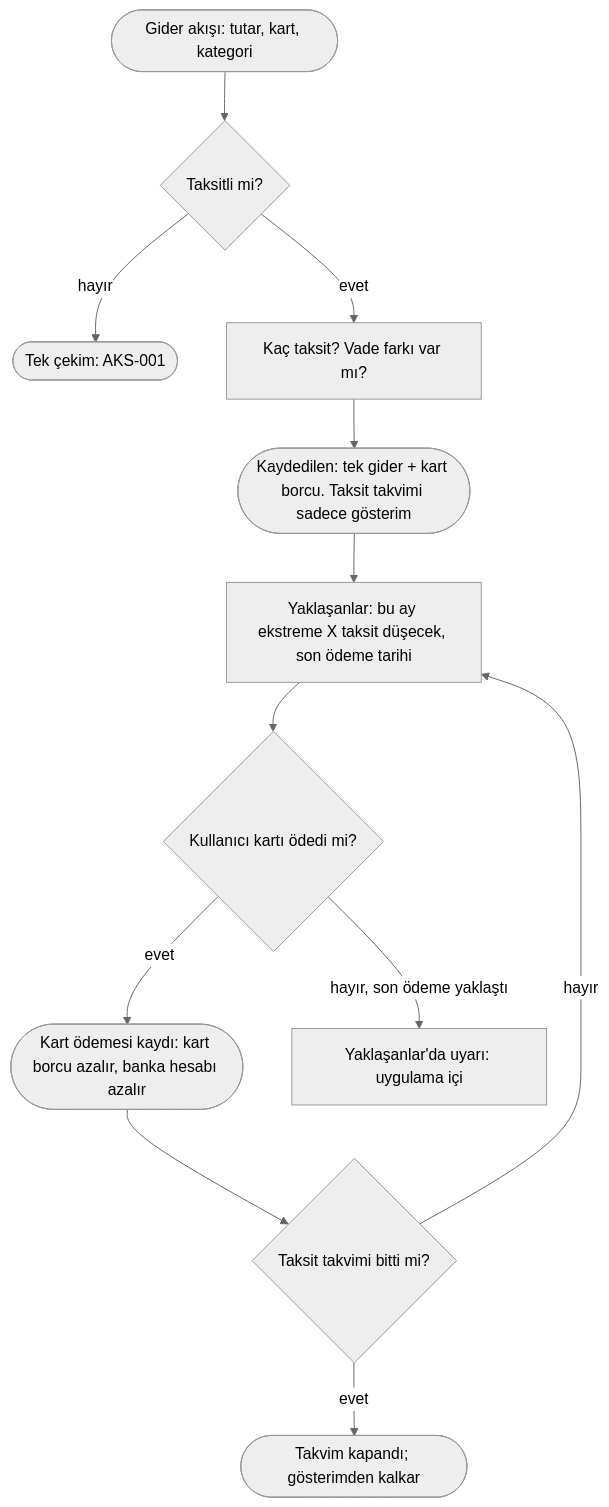
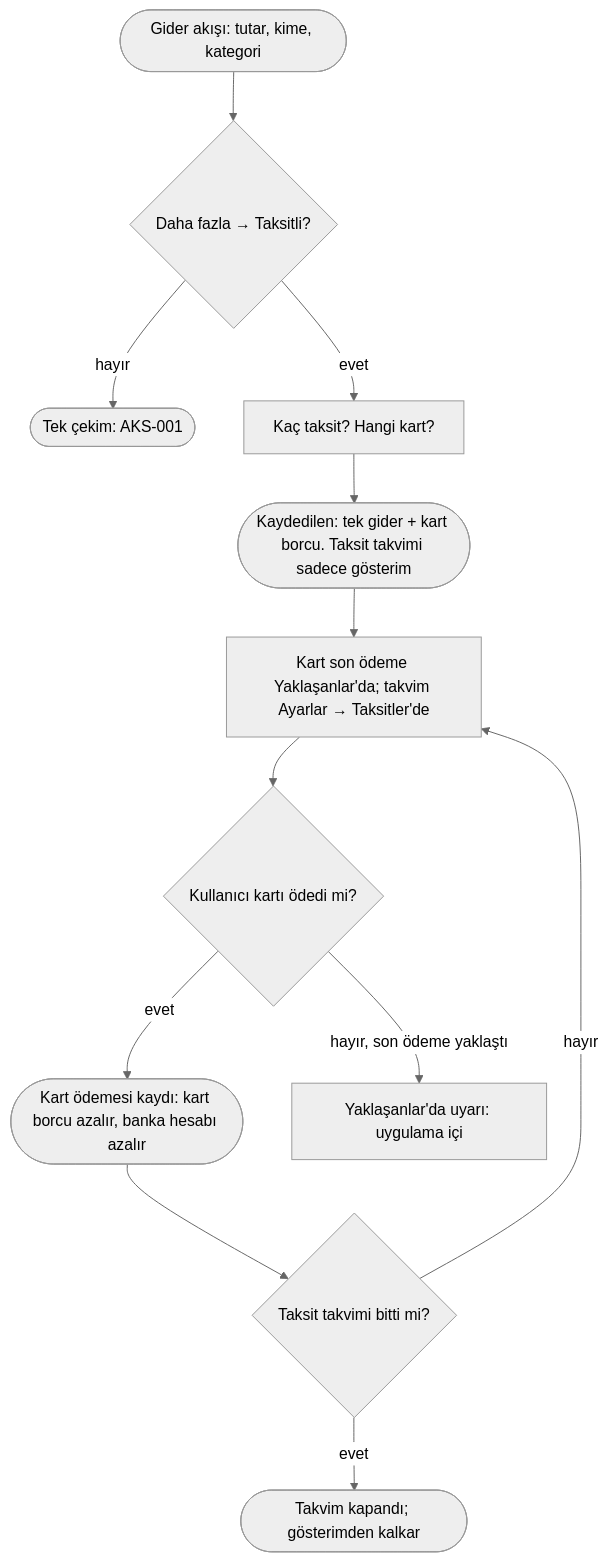
The diagram in docs/ux/akislar/AKS-007-taksitli-alisveris.md (akderelianil/aa-finance), drawn with Mermaid (neutral theme) before and after one commit. The commit also changed other lines of this file and 18 other files, not shown here.

````diff
--- a/docs/ux/akislar/AKS-007-taksitli-alisveris.md
+++ b/docs/ux/akislar/AKS-007-taksitli-alisveris.md
@@ -28,14 +26,14 @@
 ```mermaid
 flowchart TD
-  A([Gider akışı: tutar, kart, kategori]) --> B{Taksitli mi?}
+  A([Gider akışı: tutar, kime, kategori]) --> B{Daha fazla → Taksitli?}
   B -- hayır --> Z([Tek çekim: AKS-001])
-  B -- evet --> C[Kaç taksit? Vade farkı var mı?]
+  B -- evet --> C[Kaç taksit? Hangi kart?]
   C --> D([Kaydedilen: tek gider + kart borcu. Taksit takvimi sadece gösterim])
-  D --> E[Yaklaşanlar: bu ay ekstreme X taksit düşecek, son ödeme tarihi]
+  D --> E[Kart son ödeme Yaklaşanlar'da; takvim Ayarlar → Taksitler'de]
   E --> F{Kullanıcı kartı ödedi mi?}
   F -- evet --> G([Kart ödemesi kaydı: kart borcu azalır, banka hesabı azalır])
   F -- hayır, son ödeme yaklaştı --> H[Yaklaşanlar'da uyarı: uygulama içi]
   G --> I{Taksit takvimi bitti mi?}
   I -- hayır --> E
   I -- evet --> J([Takvim kapandı; gösterimden kalkar])
 ```
````
